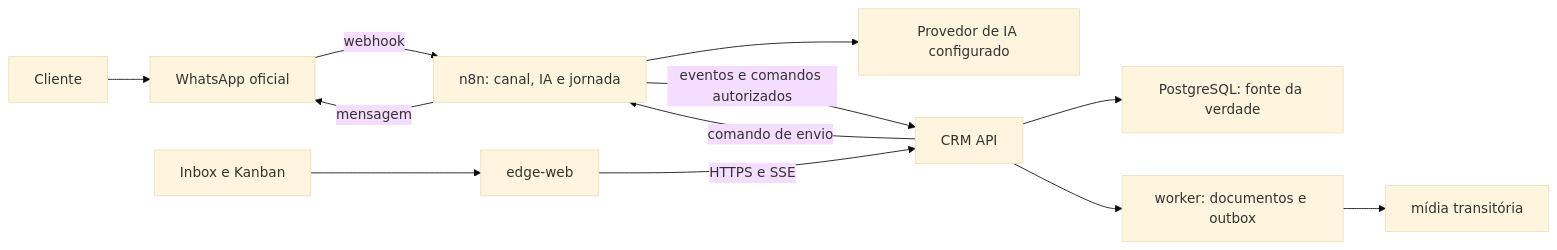
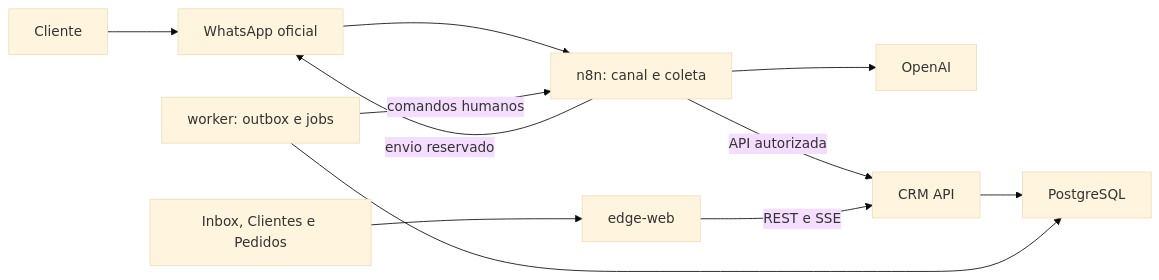
One commit to romulosutil/crm-silmer changed the diagram in TECHNICAL-DESIGN.md. Above: the diagram before and after it, drawn with Mermaid (base theme). The commit also changed other lines of this file and 20 other files, not shown here.

````diff
--- a/TECHNICAL-DESIGN.md
+++ b/TECHNICAL-DESIGN.md
@@ -130,14 +36,13 @@
 ```mermaid
 flowchart LR
-    customer["Cliente"] --> meta["WhatsApp oficial"]
-    meta -->|"webhook"| n8n["n8n: canal, IA e jornada"]
-    n8n --> ai["Provedor de IA configurado"]
-    n8n -->|"eventos e comandos autorizados"| api["CRM API"]
-    api --> postgres["PostgreSQL: fonte da verdade"]
-    browser["Inbox e Kanban"] --> edge["edge-web"]
-    edge -->|"HTTPS e SSE"| api
-    api --> worker["worker: documentos e outbox"]
-    worker --> media["mídia transitória"]
-    api -->|"comando de envio"| n8n
-    n8n -->|"mensagem"| meta
+    client[Cliente] --> meta[WhatsApp oficial]
+    meta --> n8n[n8n: canal e coleta]
+    n8n --> ai[OpenAI]
+    n8n -->|API autorizada| api[CRM API]
+    api --> pg[PostgreSQL]
+    ui[Inbox, Clientes e Pedidos] --> edge[edge-web]
+    edge -->|REST e SSE| api
+    worker[worker: outbox e jobs] --> pg
+    worker -->|comandos humanos| n8n
+    n8n -->|envio reservado| meta
 ```
````
